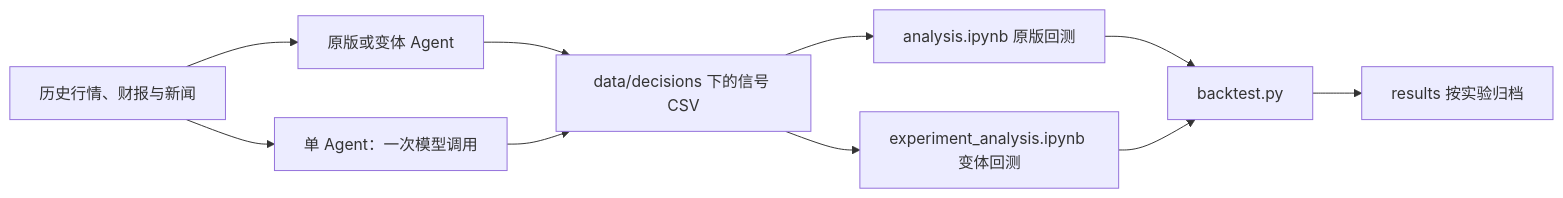
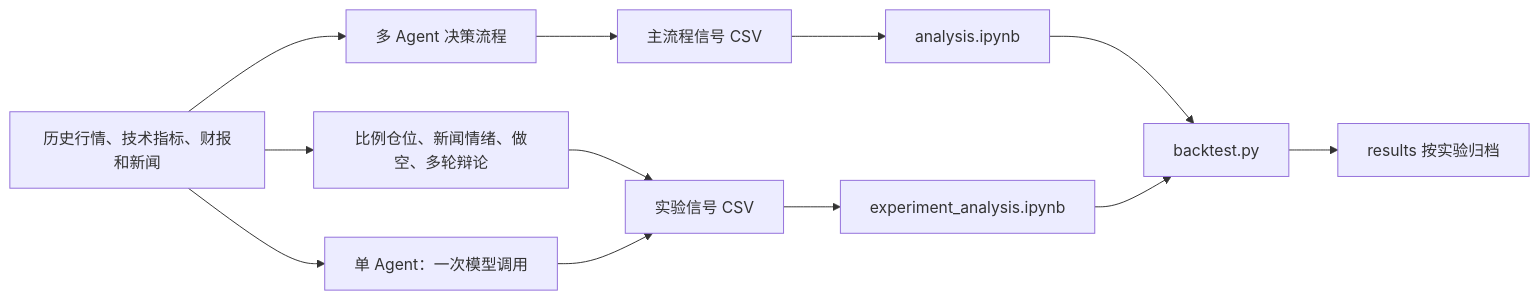
One commit to CatchMan1/TradingAgent-project changed the diagram in README.md. Above: the diagram before and after it, drawn with Mermaid. The commit also changed other lines of this file and 1 other file, not shown here.

Commit message:
Document the five experiment pipelines

````diff
--- a/README.md
+++ b/README.md
@@ -5,12 +5,14 @@
 ```mermaid
 flowchart LR
-    Data[历史行情、财报与新闻] --> Agent[原版或变体 Agent]
+    Data[历史行情、技术指标、财报和新闻] --> Multi[多 Agent 决策流程]
+    Data --> Variants[比例仓位、新闻情绪、做空、多轮辩论]
     Data --> Single[单 Agent：一次模型调用]
-    Agent --> CSV[data/decisions 下的信号 CSV]
-    Single --> CSV
-    CSV --> Original[analysis.ipynb 原版回测]
-    CSV --> Experiments[experiment_analysis.ipynb 变体回测]
-    Original --> Core[backtest.py]
+    Multi --> MainCSV[主流程信号 CSV]
+    Variants --> ExperimentCSV[实验信号 CSV]
+    Single --> ExperimentCSV
+    MainCSV --> Main[analysis.ipynb]
+    ExperimentCSV --> Experiments[experiment_analysis.ipynb]
+    Main --> Core[backtest.py]
     Experiments --> Core
     Core --> Results[results 按实验归档]
 ```
````
